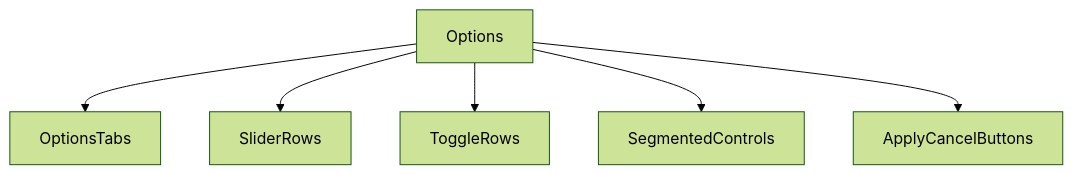
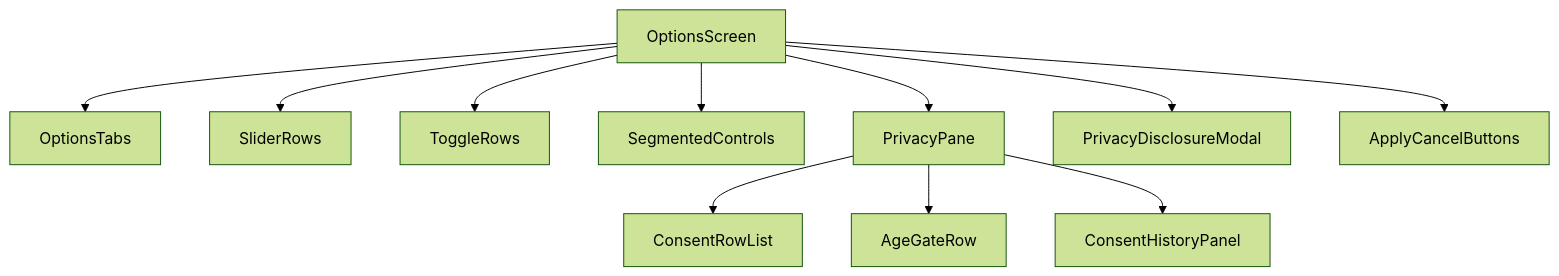
One commit to SunaNoOshiro/Heroes_Reforged_AI_Realms changed the first of 5 diagrams in docs/architecture/wiki/screens/56-options/architecture.md. Above: the diagram before and after it, drawn with Mermaid (forest theme). The commit also changed other lines of this file and 518 other files, not shown here.

First line of the commit message:
Add doc-audit skill and sweep architecture/screen docs

````diff
--- a/docs/architecture/wiki/screens/56-options/architecture.md
+++ b/docs/architecture/wiki/screens/56-options/architecture.md
@@ -16,14 +28,14 @@
 ```mermaid
 flowchart TD
-  Root["Options"]
-  C0["OptionsTabs"]
-  Root --> C0
-  C1["SliderRows"]
-  Root --> C1
-  C2["ToggleRows"]
-  Root --> C2
-  C3["SegmentedControls"]
-  Root --> C3
-  C4["ApplyCancelButtons"]
-  Root --> C4
+  Root["OptionsScreen"]
+  Root --> Tabs["OptionsTabs"]
+  Root --> Sliders["SliderRows"]
+  Root --> Toggles["ToggleRows"]
+  Root --> Segmented["SegmentedControls"]
+  Root --> Privacy["PrivacyPane"]
+  Privacy --> ConsentList["ConsentRowList"]
+  Privacy --> AgeGate["AgeGateRow"]
+  Privacy --> History["ConsentHistoryPanel"]
+  Root --> Disclosure["PrivacyDisclosureModal"]
+  Root --> Apply["ApplyCancelButtons"]
 ```
````
